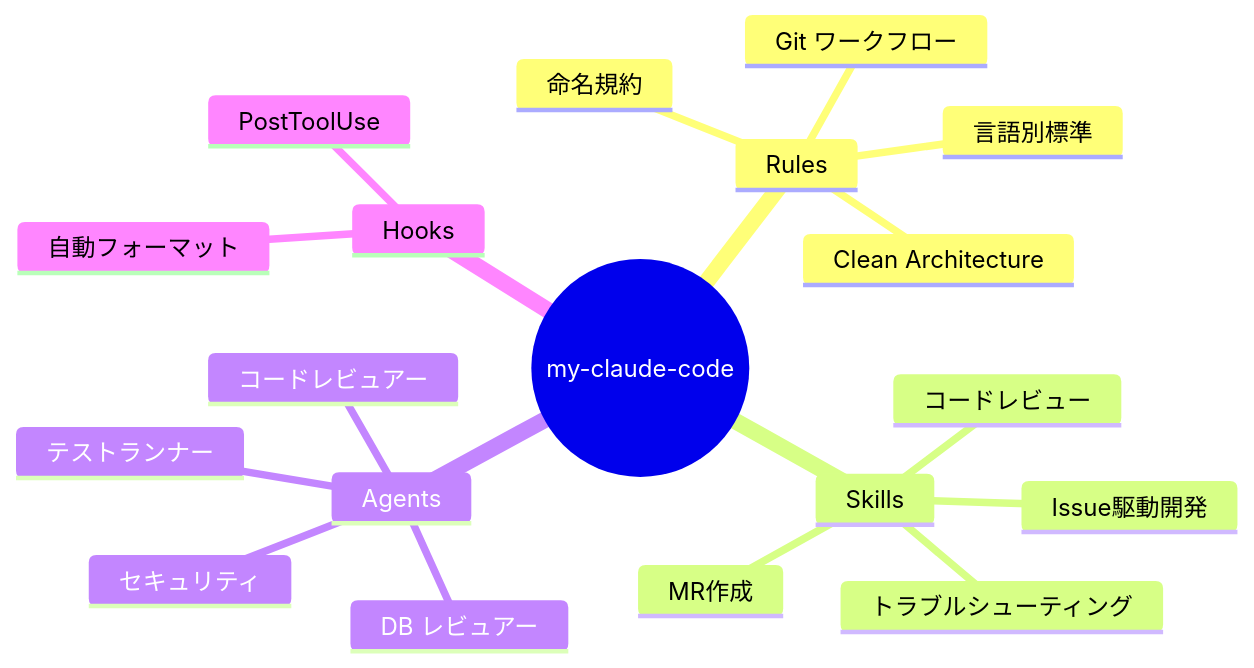
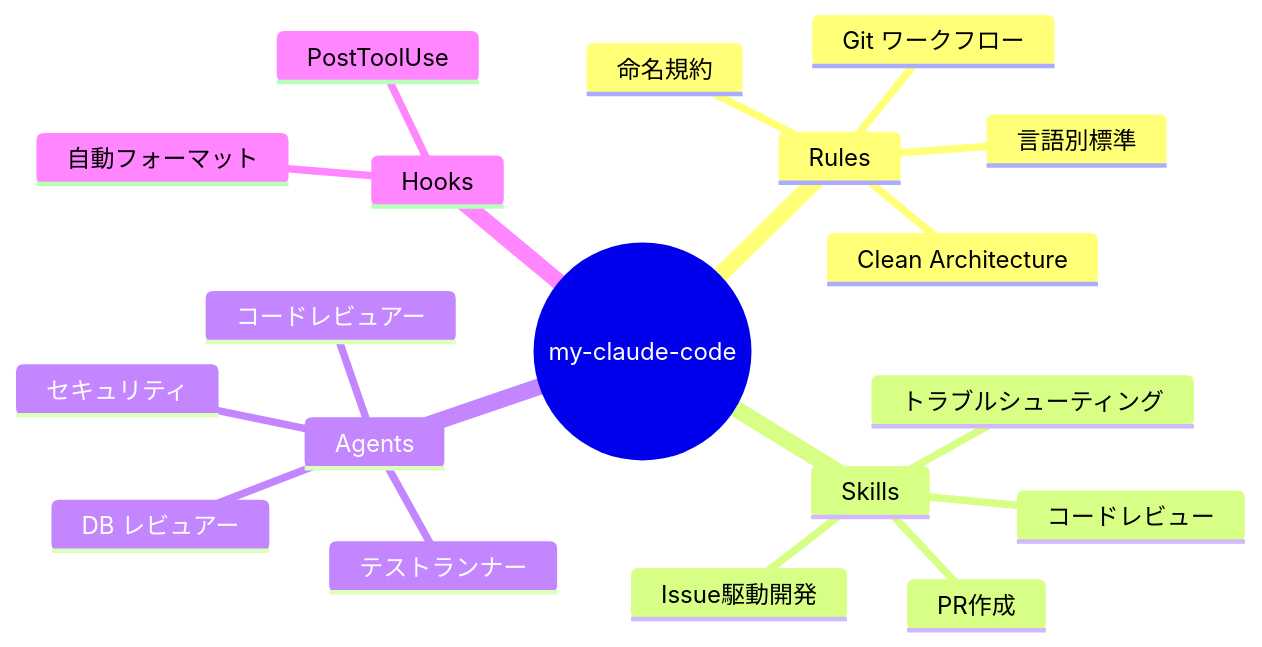
Before and after one commit to yuya-take/yuya-claude-code: the first of 8 diagrams in slides/slides.md, drawn with Mermaid. The commit also changed other lines of this file and 13 other files, not shown here.

````diff
--- a/slides/slides.md
+++ b/slides/slides.md
@@ -125,22 +125,22 @@
 ```mermaid {scale: 0.85}
 mindmap
   root((my-claude-code))
     Rules
       Clean Architecture
       命名規約
       Git ワークフロー
       言語別標準
     Skills
       コードレビュー
-      MR作成
+      PR作成
       Issue駆動開発
       トラブルシューティング
     Agents
       コードレビュアー
       セキュリティ
       DB レビュアー
       テストランナー
     Hooks
       自動フォーマット
       PostToolUse
 ```
````
